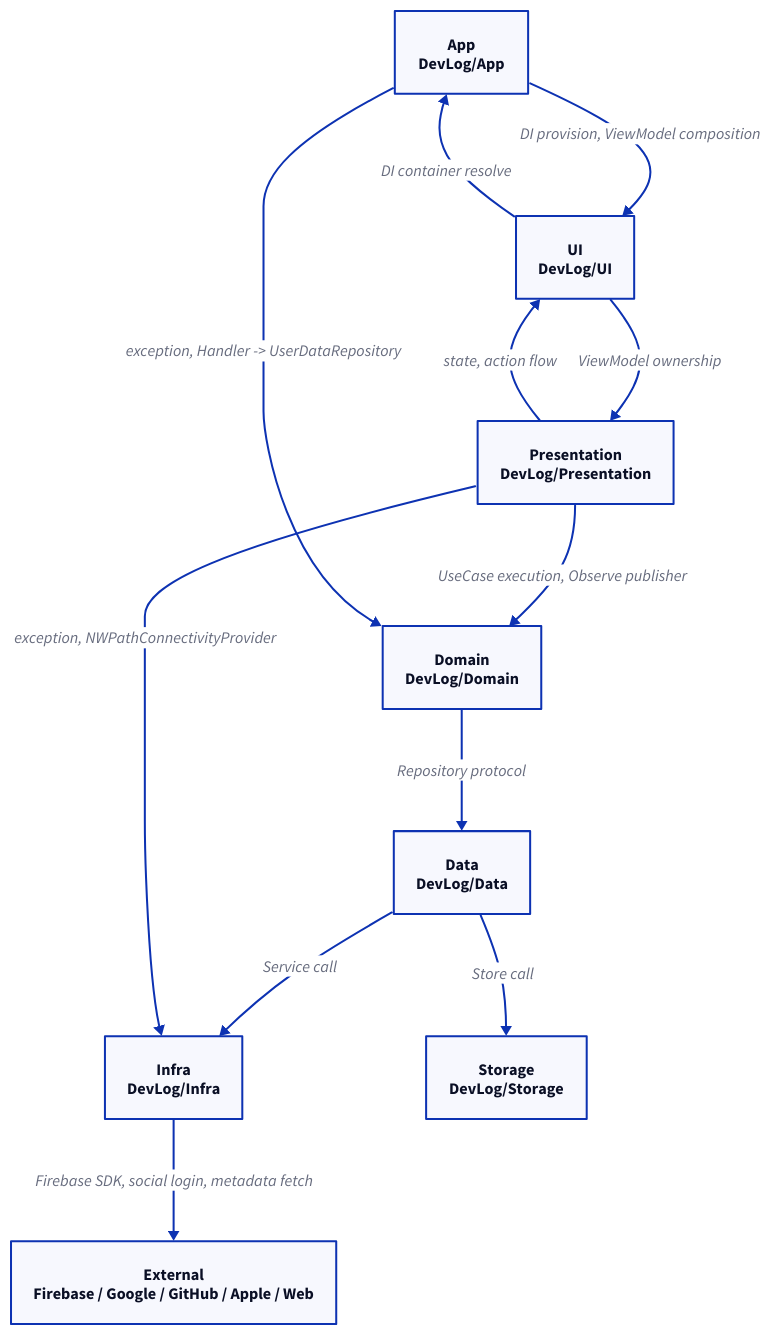
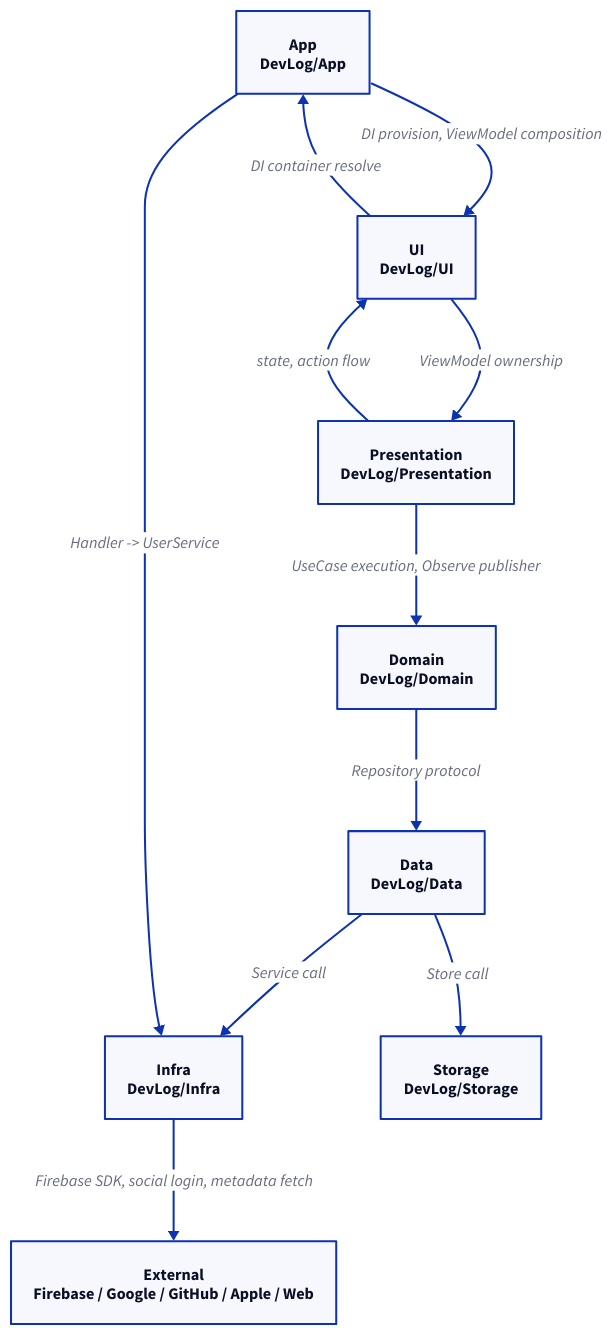
One commit to opficdev/DevLog_iOS changed the diagram in docs/architecture.d2. Above: the diagram before and after it, drawn with D2. The commit also changed 34 other files, not shown here.

```diff
--- a/docs/architecture.d2
+++ b/docs/architecture.d2
@@ -1,30 +1,29 @@
 direction: down
 
 style: {
   fill: transparent
 }
 
 app: "App\nDevLog/App"
 ui: "UI\nDevLog/UI"
 presentation: "Presentation\nDevLog/Presentation"
 domain: "Domain\nDevLog/Domain"
 data: "Data\nDevLog/Data"
 infra: "Infra\nDevLog/Infra"
 storage: "Storage\nDevLog/Storage"
 external: "External\nFirebase / Google / GitHub / Apple / Web"
 
 app -> ui: "DI provision, ViewModel composition"
 ui -> app: "DI container resolve"
 
 ui -> presentation: "ViewModel ownership"
 presentation -> ui: "state, action flow"
 
 presentation -> domain: "UseCase execution, Observe publisher"
 domain -> data: "Repository protocol"
 data -> infra: "Service call"
 data -> storage: "Store call"
 
 infra -> external: "Firebase SDK, social login, metadata fetch"
 
-app -> domain: "exception, Handler -> UserDataRepository"
-presentation -> infra: "exception, NWPathConnectivityProvider"
+app -> infra: "Handler -> UserService"
```
